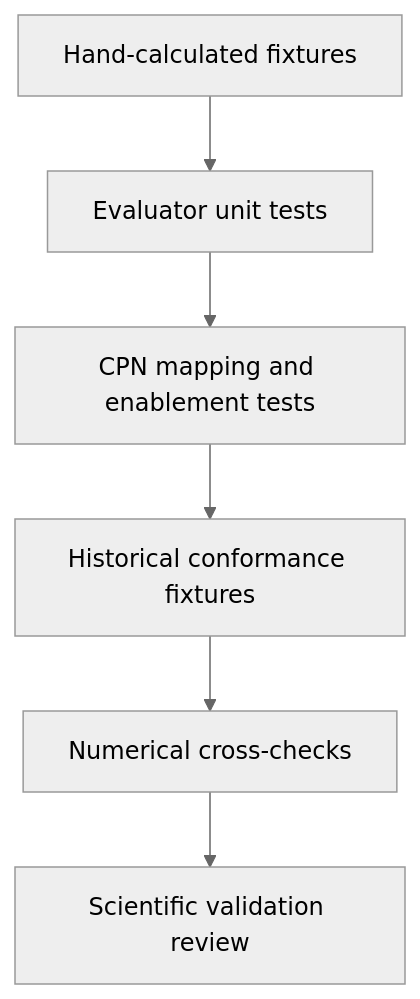
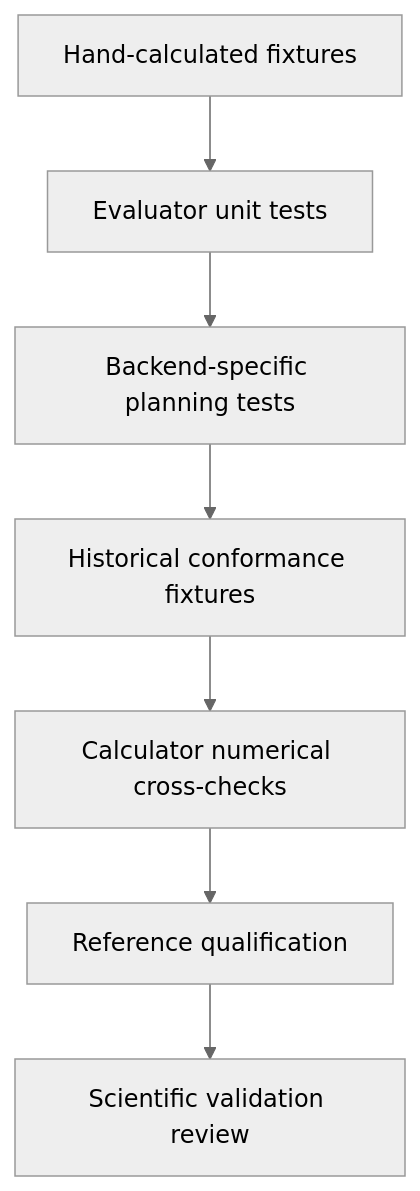
The diagram in docs/architecture/qoi-evaluation/testing/index.md (eragasa/projectkoios-frankenstein), drawn with Mermaid (neutral theme) before and after one commit. The commit also changed other lines of this file and 385 other files, not shown here.

````diff
--- a/docs/architecture/qoi-evaluation/testing/index.md
+++ b/docs/architecture/qoi-evaluation/testing/index.md
@@ -3,8 +3,9 @@
 ```mermaid
 flowchart TD
     F[Hand-calculated fixtures] --> U[Evaluator unit tests]
-    U --> P[CPN mapping and enablement tests]
+    U --> P[Backend-specific planning tests]
     P --> C[Historical conformance fixtures]
-    C --> N[Numerical cross-checks]
-    N --> S[Scientific validation review]
+    C --> N[Calculator numerical cross-checks]
+    N --> R[Reference qualification]
+    R --> S[Scientific validation review]
 ```
````
